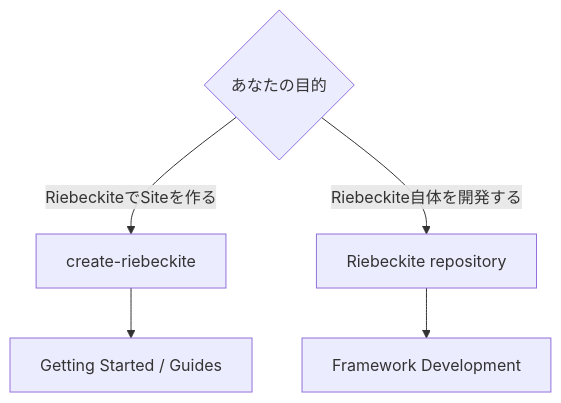
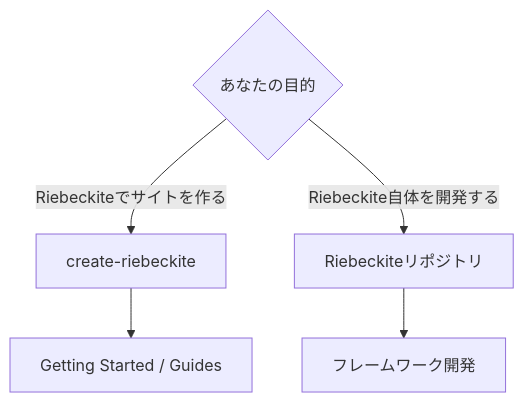
Before and after one commit to Rerurate514/riebeckite: the third of 4 diagrams in docs/ja/README.md, drawn with Mermaid. The commit also changed other lines of this file and 10 other files, not shown here.

````diff
--- a/docs/ja/README.md
+++ b/docs/ja/README.md
@@ -156,10 +156,10 @@
 ```mermaid id="b5us44"
 flowchart TD
     User{"あなたの目的"}
 
-    User -->|"RiebeckiteでSiteを作る"| Site["create-riebeckite"]
-    User -->|"Riebeckite自体を開発する"| Framework["Riebeckite repository"]
+    User -->|"Riebeckiteでサイトを作る"| Site["create-riebeckite"]
+    User -->|"Riebeckite自体を開発する"| Framework["Riebeckiteリポジトリ"]
 
     Site --> Getting["Getting Started / Guides"]
-    Framework --> Dev["Framework Development"]
+    Framework --> Dev["フレームワーク開発"]
 ```
````
